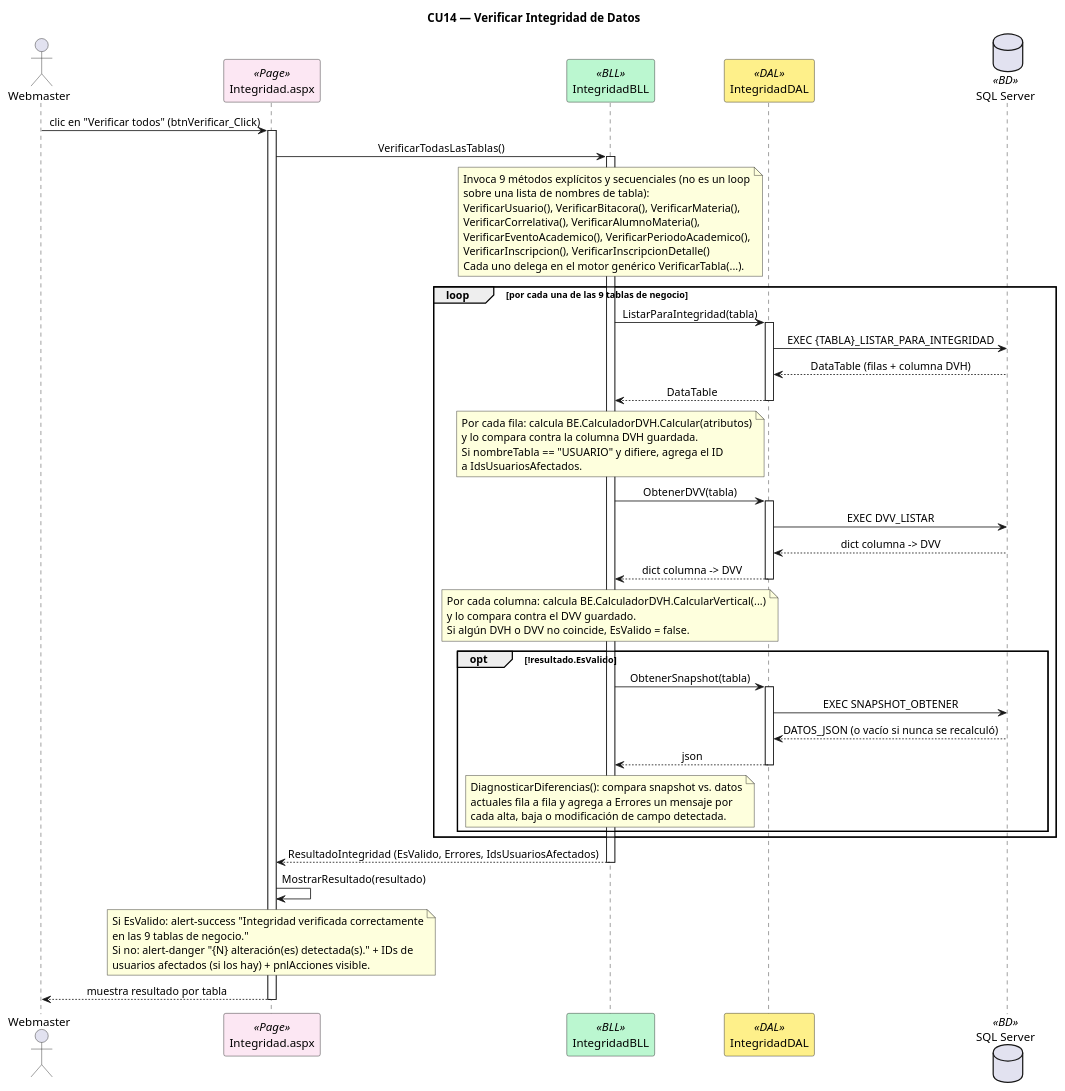
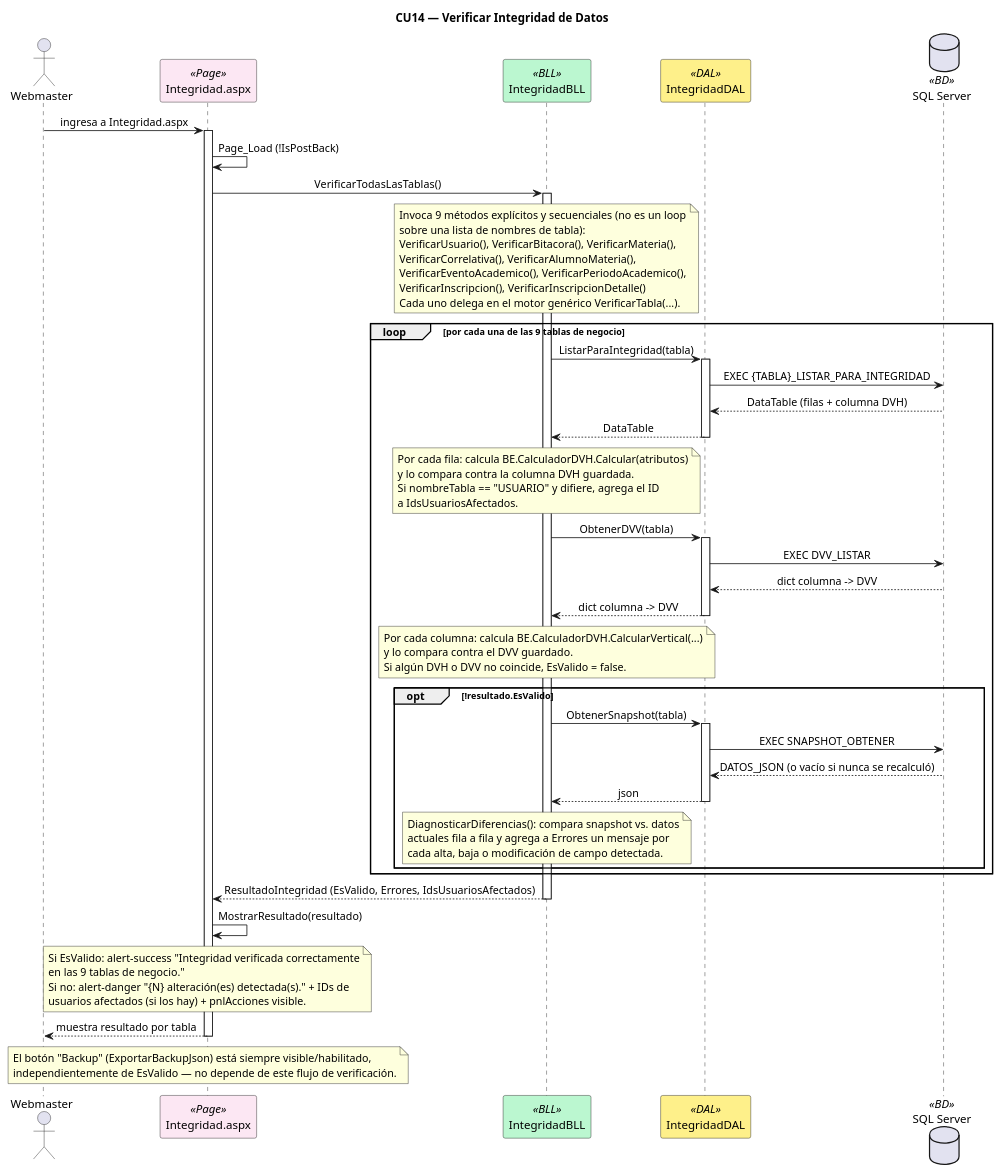
Before and after one commit to Urrels/tpDYAWeb: the diagram in DIAGRAMAS/Secuencia_CU14_VerificarIntegridad.puml, drawn with PlantUML. The commit also changed 3 other files, not shown here.

First line of the commit message:
feat: verificar integridad automaticamente al entrar y backup siempre visible

```diff
--- a/DIAGRAMAS/Secuencia_CU14_VerificarIntegridad.puml
+++ b/DIAGRAMAS/Secuencia_CU14_VerificarIntegridad.puml
@@ -1,90 +1,96 @@
 @startuml Secuencia_CU14_VerificarIntegridad
 title CU14 — Verificar Integridad de Datos
 skinparam sequenceMessageAlign center
 skinparam shadowing false
 skinparam sequenceParticipant {
     BackgroundColor<<Page>> #FCE7F3
     BackgroundColor<<BLL>> #BBF7D0
     BackgroundColor<<DAL>> #FEF08A
     BackgroundColor<<BD>> #DBEAFE
 }
 
 actor Webmaster as WM
 participant "Integridad.aspx" as PAGE <<Page>>
 participant "IntegridadBLL" as BLL <<BLL>>
 participant "IntegridadDAL" as DAL <<DAL>>
 database "SQL Server" as DB <<BD>>
 
-WM -> PAGE : clic en "Verificar todos" (btnVerificar_Click)
+WM -> PAGE : ingresa a Integridad.aspx
 activate PAGE
+PAGE -> PAGE : Page_Load (!IsPostBack)
 PAGE -> BLL : VerificarTodasLasTablas()
 activate BLL
 
 note over BLL
   Invoca 9 métodos explícitos y secuenciales (no es un loop
   sobre una lista de nombres de tabla):
   VerificarUsuario(), VerificarBitacora(), VerificarMateria(),
   VerificarCorrelativa(), VerificarAlumnoMateria(),
   VerificarEventoAcademico(), VerificarPeriodoAcademico(),
   VerificarInscripcion(), VerificarInscripcionDetalle()
   Cada uno delega en el motor genérico VerificarTabla(...).
 end note
 
 loop por cada una de las 9 tablas de negocio
     BLL -> DAL : ListarParaIntegridad(tabla)
     activate DAL
     DAL -> DB : EXEC {TABLA}_LISTAR_PARA_INTEGRIDAD
     DB --> DAL : DataTable (filas + columna DVH)
     DAL --> BLL : DataTable
     deactivate DAL
 
     note over BLL
         Por cada fila: calcula BE.CalculadorDVH.Calcular(atributos)
         y lo compara contra la columna DVH guardada.
         Si nombreTabla == "USUARIO" y difiere, agrega el ID
         a IdsUsuariosAfectados.
     end note
 
     BLL -> DAL : ObtenerDVV(tabla)
     activate DAL
     DAL -> DB : EXEC DVV_LISTAR
     DB --> DAL : dict columna -> DVV
     DAL --> BLL : dict columna -> DVV
     deactivate DAL
 
     note over BLL
         Por cada columna: calcula BE.CalculadorDVH.CalcularVertical(...)
         y lo compara contra el DVV guardado.
         Si algún DVH o DVV no coincide, EsValido = false.
     end note
 
     opt !resultado.EsValido
         BLL -> DAL : ObtenerSnapshot(tabla)
         activate DAL
         DAL -> DB : EXEC SNAPSHOT_OBTENER
         DB --> DAL : DATOS_JSON (o vacío si nunca se recalculó)
         DAL --> BLL : json
         deactivate DAL
         note over BLL
             DiagnosticarDiferencias(): compara snapshot vs. datos
             actuales fila a fila y agrega a Errores un mensaje por
             cada alta, baja o modificación de campo detectada.
         end note
     end
 end
 
 BLL --> PAGE : ResultadoIntegridad (EsValido, Errores, IdsUsuariosAfectados)
 deactivate BLL
 
 PAGE -> PAGE : MostrarResultado(resultado)
 note over PAGE
   Si EsValido: alert-success "Integridad verificada correctamente
   en las 9 tablas de negocio."
   Si no: alert-danger "{N} alteración(es) detectada(s)." + IDs de
   usuarios afectados (si los hay) + pnlAcciones visible.
 end note
 
 PAGE --> WM : muestra resultado por tabla
 deactivate PAGE
 
+note over PAGE
+  El botón "Backup" (ExportarBackupJson) está siempre visible/habilitado,
+  independientemente de EsValido — no depende de este flujo de verificación.
+end note
+
 @enduml
```
